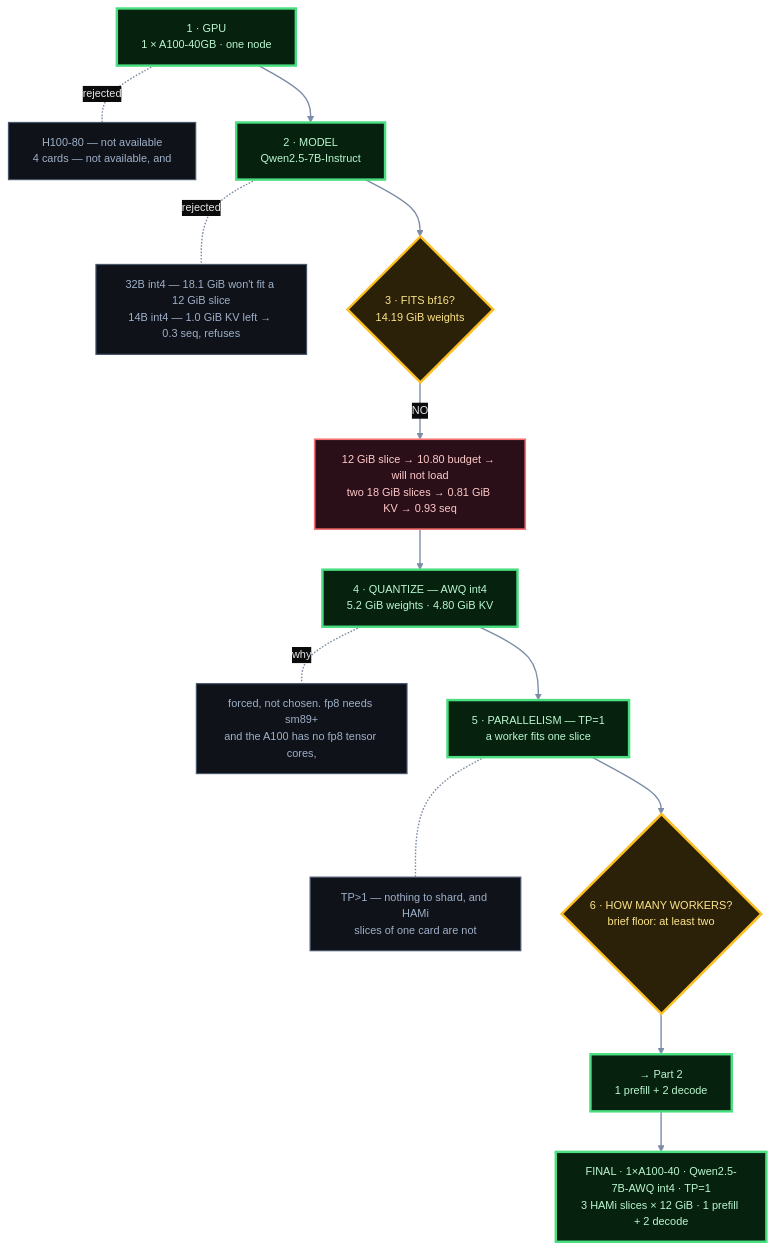
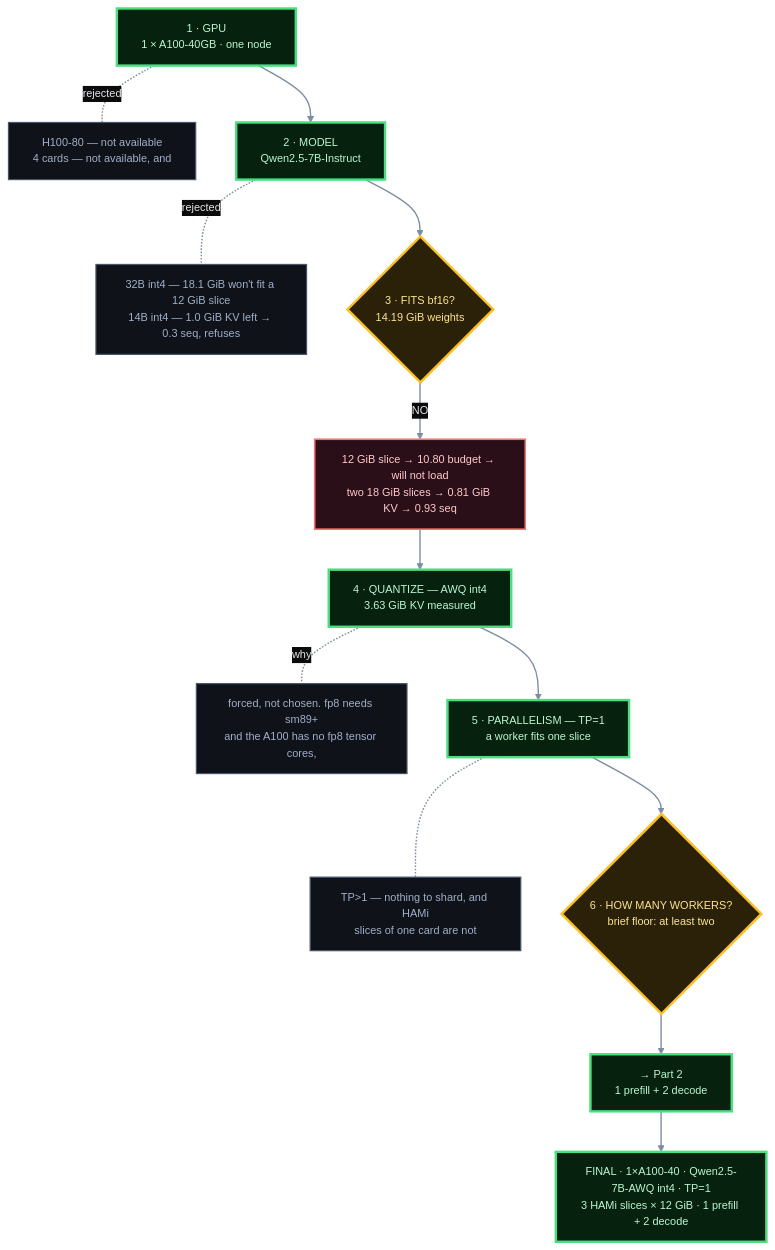
One commit to harshuljain13/Dodona changed the third of 7 diagrams in SUBMISSION.md. Above: the diagram before and after it, drawn with Mermaid. The commit also changed other lines of this file, not shown here.

````diff
--- a/SUBMISSION.md
+++ b/SUBMISSION.md
@@ -375,68 +408,68 @@
 ```mermaid
 %%{init: {'theme':'base','themeVariables':{
   'darkMode':true,'background':'#0B0B0B',
   'fontFamily':'Helvetica, Arial, sans-serif','fontSize':'13.5px',
   'primaryColor':'#111827','primaryTextColor':'#E5E7EB','primaryBorderColor':'#475569',
   'lineColor':'#7C8CA6','textColor':'#E5E7EB','titleColor':'#E5E7EB',
   'clusterBkg':'#0F1218','clusterBorder':'#263142','edgeLabelBackground':'#0B0B0B'
 }}}%%
 flowchart TD
     G["1 · GPU<br/>1 × A100-40GB · one node"]
     GX["H100-80 — not available<br/>4 cards — not available, and"]
 
     M["2 · MODEL<br/>Qwen2.5-7B-Instruct"]
     MX["32B int4 — 18.1 GiB won't fit a 12 GiB slice<br/>14B int4 — 1.0 GiB KV left → 0.3 seq, refuses"]
 
     F{"3 · FITS bf16?<br/>14.19 GiB weights"}
     FX["12 GiB slice → 10.80 budget → will not load<br/>two 18 GiB slices → 0.81 GiB KV → 0.93 seq"]
 
-    Q["4 · QUANTIZE — AWQ int4<br/>5.2 GiB weights · 4.80 GiB KV"]
+    Q["4 · QUANTIZE — AWQ int4<br/>3.63 GiB KV measured"]
     QX["forced, not chosen. fp8 needs sm89+<br/>and the A100 has no fp8 tensor cores,"]
 
     P["5 · PARALLELISM — TP=1<br/>a worker fits one slice"]
     PX["TP>1 — nothing to shard, and HAMi<br/>slices of one card are not"]
 
     R{"6 · HOW MANY WORKERS?<br/>brief floor: at least two"}
     TOPO["→ Part 2<br/>1 prefill + 2 decode"]
 
     FIN["FINAL · 1×A100-40 · Qwen2.5-7B-AWQ int4 · TP=1<br/>3 HAMi slices × 12 GiB · 1 prefill + 2 decode"]
 
     G --> M --> F
     F -->|"NO"| FX
     FX --> Q --> P --> R --> TOPO ==> FIN
 
     G -.-|"rejected"| GX
     M -.-|"rejected"| MX
     Q -.-|"why"| QX
     P -.- PX
 
     class G,M,Q,P,TOPO,FIN pick
     class F,R gate
     class FX dead
     class GX,MX,QX,PX note
 
     classDef actor    fill:#2B0F18,stroke:#FB7185,stroke-width:2px,color:#FECDD3
     classDef input    fill:#2B0F18,stroke:#FB7185,stroke-width:2px,color:#FECDD3
     classDef ext      fill:#1E1033,stroke:#C084FC,stroke-width:2px,color:#E9D5FF
     classDef accent   fill:#1E1033,stroke:#C084FC,stroke-width:2px,color:#E9D5FF
     classDef ours     fill:#0C1A33,stroke:#60A5FA,stroke-width:2px,color:#DBEAFE
     classDef primary  fill:#0C1A33,stroke:#60A5FA,stroke-width:2px,color:#DBEAFE
     classDef alt      fill:#0C1A33,stroke:#60A5FA,stroke-width:2px,color:#DBEAFE
     classDef gate     fill:#2B2008,stroke:#FBBF24,stroke-width:3px,color:#FDE68A
     classDef decision fill:#2B2008,stroke:#FBBF24,stroke-width:3px,color:#FDE68A
     classDef engine   fill:#06220F,stroke:#4ADE80,stroke-width:2px,color:#BBF7D0
     classDef secondary fill:#06220F,stroke:#4ADE80,stroke-width:2px,color:#BBF7D0
     classDef store    fill:#2A1405,stroke:#FB923C,stroke-width:2px,color:#FED7AA
     classDef data     fill:#2A1405,stroke:#FB923C,stroke-width:2px,color:#FED7AA
     classDef lib      fill:#13163A,stroke:#818CF8,stroke-width:2px,color:#C7D2FE
     classDef highlight fill:#13163A,stroke:#818CF8,stroke-width:2px,color:#C7D2FE
     classDef obs      fill:#0F172A,stroke:#94A3B8,stroke-width:2px,color:#CBD5E1
     classDef neutral  fill:#0F172A,stroke:#94A3B8,stroke-width:2px,color:#CBD5E1
     classDef overflow fill:#2A0F2A,stroke:#E879F9,stroke-width:2px,color:#F5D0FE
     classDef out      fill:#04302B,stroke:#22D3EE,stroke-width:2.5px,color:#A5F3FC
     classDef success  fill:#04302B,stroke:#22D3EE,stroke-width:2.5px,color:#A5F3FC
     classDef pick     fill:#06220F,stroke:#4ADE80,stroke-width:3px,color:#BBF7D0
     classDef dead     fill:#2B0F18,stroke:#F87171,stroke-width:2px,color:#FECACA
     classDef note     fill:#0F1218,stroke:#475569,stroke-width:1.5px,color:#9FB0C9
     linkStyle default stroke:#7C8CA6,stroke-width:1.7px
 ```
````
